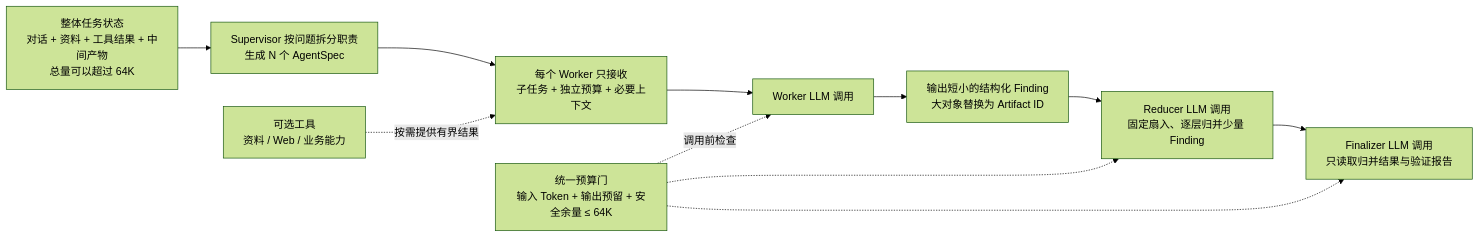
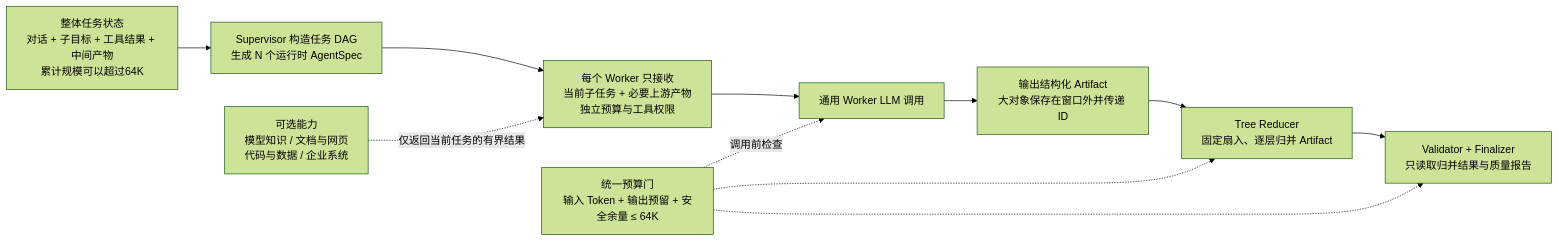
One commit to chilingche1111-blip/Muti-agent changed the second of 2 diagrams in README.md. Above: the diagram before and after it, drawn with Mermaid (forest theme). The commit also changed other lines of this file and 15 other files, not shown here.

````diff
--- a/README.md
+++ b/README.md
@@ -141,14 +162,14 @@
 ```mermaid
 flowchart LR
-    TASK["整体任务状态<br/>对话 + 资料 + 工具结果 + 中间产物<br/>总量可以超过 64K"] --> PLAN["Supervisor 按问题拆分职责<br/>生成 N 个 AgentSpec"]
-    PLAN --> PACK["每个 Worker 只接收<br/>子任务 + 独立预算 + 必要上下文"]
-    PACK --> WORKER["Worker LLM 调用"]
-    TOOL["可选工具<br/>资料 / Web / 业务能力"] -. "按需提供有界结果" .-> PACK
-    WORKER --> FINDING["输出短小的结构化 Finding<br/>大对象替换为 Artifact ID"]
-    FINDING --> REDUCE["Reducer LLM 调用<br/>固定扇入、逐层归并少量 Finding"]
-    REDUCE --> FINAL["Finalizer LLM 调用<br/>只读取归并结果与验证报告"]
+    TASK["整体任务状态<br/>对话 + 子目标 + 工具结果 + 中间产物<br/>累计规模可以超过64K"] --> PLAN["Supervisor 构造任务 DAG<br/>生成 N 个运行时 AgentSpec"]
+    PLAN --> PACK["每个 Worker 只接收<br/>当前子任务 + 必要上游产物<br/>独立预算与工具权限"]
+    PACK --> WORKER["通用 Worker LLM 调用"]
+    TOOL["可选能力<br/>模型知识 / 文档与网页<br/>代码与数据 / 企业系统"] -. "仅返回当前任务的有界结果" .-> PACK
+    WORKER --> FINDING["输出结构化 Artifact<br/>大对象保存在窗口外并传递 ID"]
+    FINDING --> REDUCE["Tree Reducer<br/>固定扇入、逐层归并 Artifact"]
+    REDUCE --> FINAL["Validator + Finalizer<br/>只读取归并结果与质量报告"]
 
     LIMIT["统一预算门<br/>输入 Token + 输出预留 + 安全余量 ≤ 64K"] -. "调用前检查" .-> WORKER
     LIMIT -.-> REDUCE
     LIMIT -.-> FINAL
 ```
````
